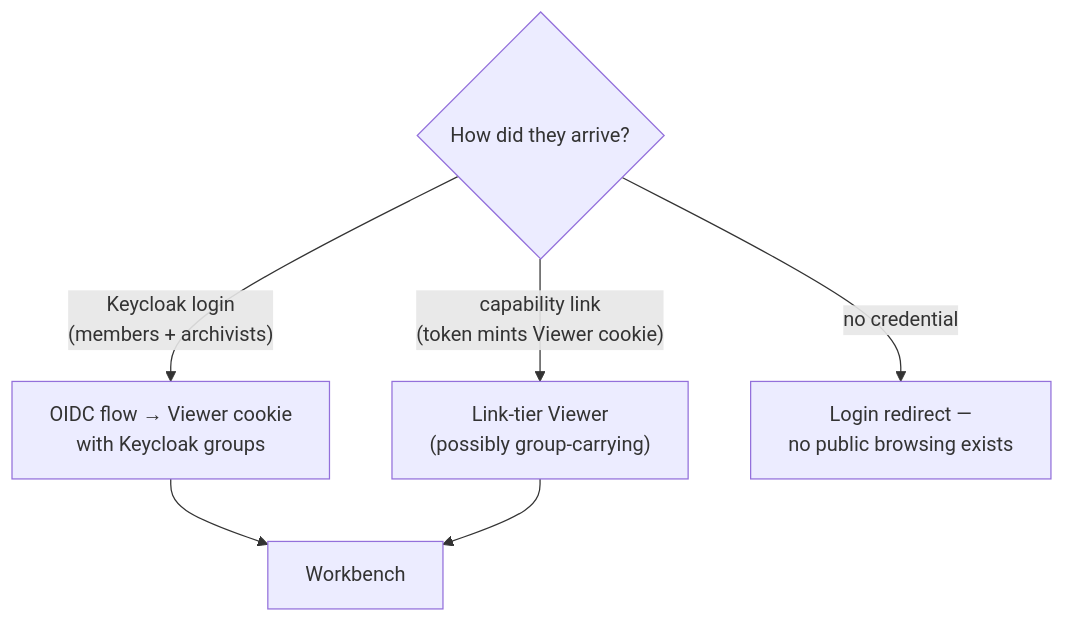
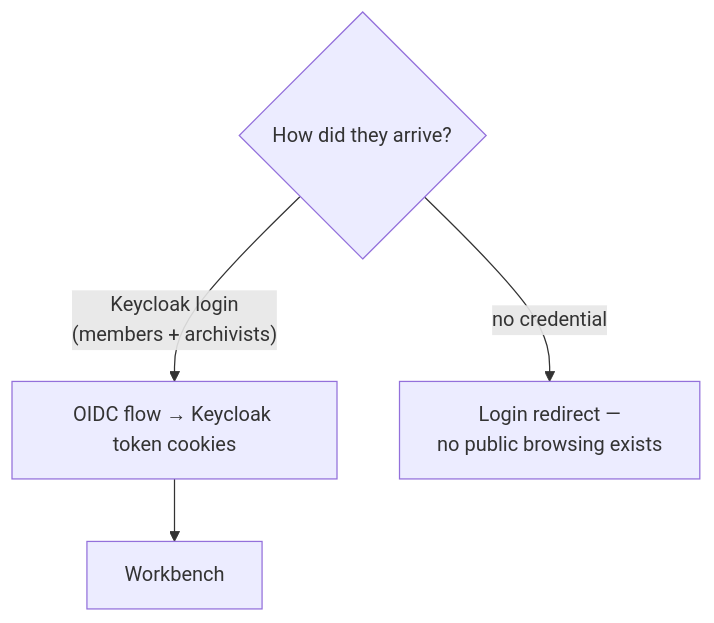
Before and after one commit to deutscher-pfadfinderbund/bundesarchiv: the sixth of 6 diagrams in docs/design/userflows.md, drawn with Mermaid. The commit also changed other lines of this file and 1 other file, not shown here.

First line of the commit message:
Drop capability-link design docs

````diff
--- a/docs/design/userflows.md
+++ b/docs/design/userflows.md
@@ -162,8 +158,6 @@
 ```mermaid
 flowchart TD
-    START{"How did they arrive?"} -->|"Keycloak login\n(members + archivists)"| OIDC["OIDC flow → Viewer cookie\nwith Keycloak groups"]
-    START -->|"capability link\n(token mints Viewer cookie)"| CAP["Link-tier Viewer\n(possibly group-carrying)"]
+    START{"How did they arrive?"} -->|"Keycloak login\n(members + archivists)"| OIDC["OIDC flow → Keycloak token cookies"]
     START -->|"no credential"| DENY["Login redirect —\nno public browsing exists"]
     OIDC --> WB["Workbench"]
-    CAP --> WB
 ```
````
